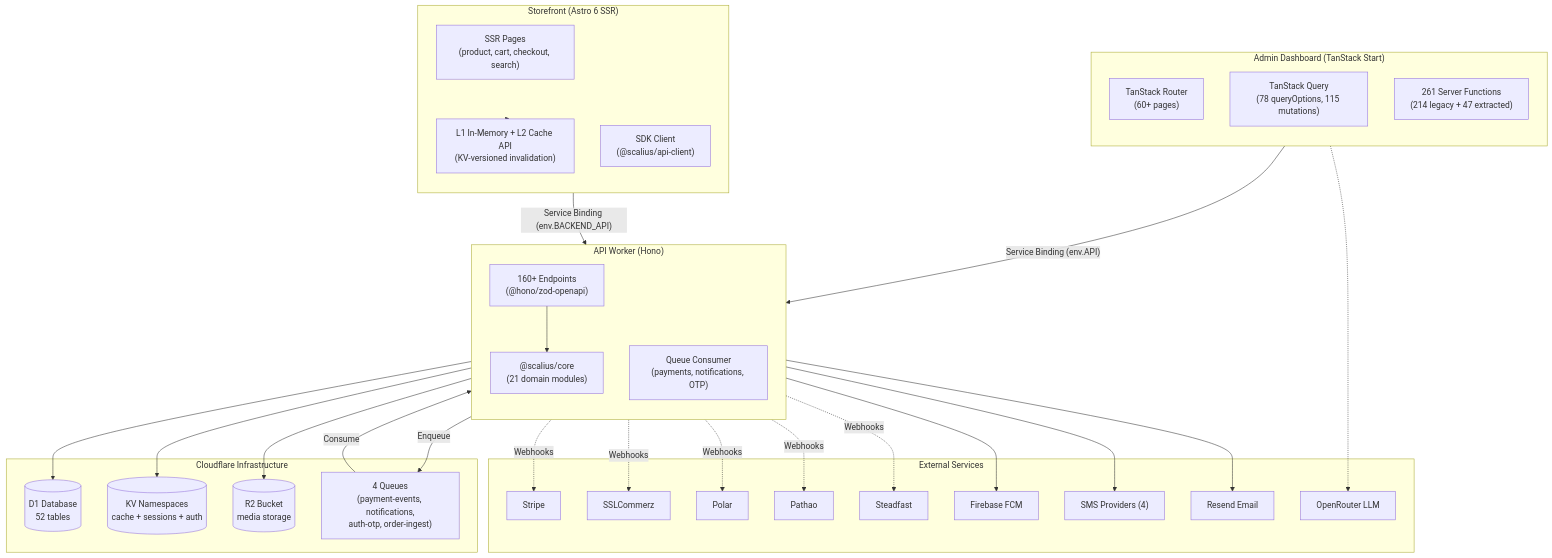
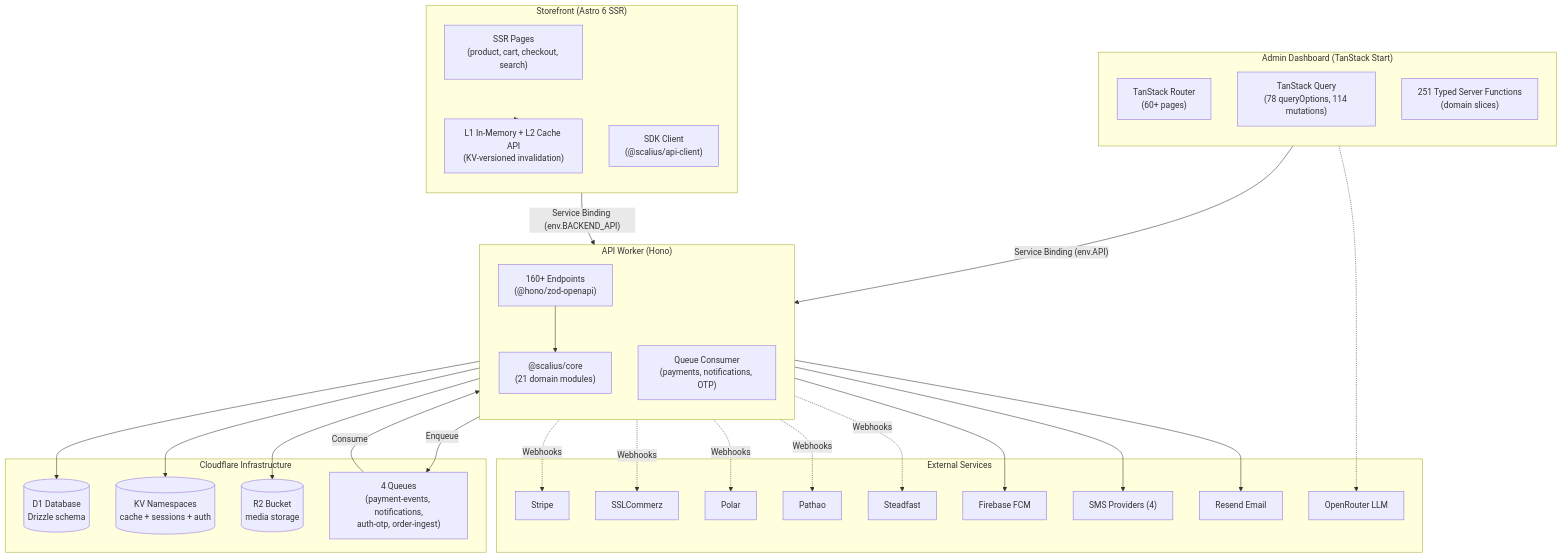
The first of 3 diagrams in README.MD (scaliuslabs/scalius-commerce-lite), drawn with Mermaid before and after one commit. The commit also changed other lines of this file and 14 other files, not shown here.

````diff
--- a/README.MD
+++ b/README.MD
@@ -87,62 +87,62 @@
 ```mermaid
 flowchart TB
     subgraph AdminV2 ["Admin Dashboard (TanStack Start)"]
         direction TB
         TSRouter["TanStack Router<br/>(60+ pages)"]
-        TSQuery["TanStack Query<br/>(78 queryOptions, 115 mutations)"]
-        ServerFns["261 Server Functions<br/>(214 legacy + 47 extracted)"]
+        TSQuery["TanStack Query<br/>(78 queryOptions, 114 mutations)"]
+        ServerFns["251 Typed Server Functions<br/>(domain slices)"]
     end
 
     subgraph Storefront ["Storefront (Astro 6 SSR)"]
         direction TB
         AstroPages["SSR Pages<br/>(product, cart, checkout, search)"]
         EdgeCache["L1 In-Memory + L2 Cache API<br/>(KV-versioned invalidation)"]
         SDKClient["SDK Client<br/>(@scalius/api-client)"]
     end
 
     subgraph API ["API Worker (Hono)"]
         direction TB
         HonoApp["160+ Endpoints<br/>(@hono/zod-openapi)"]
         QueueConsumer["Queue Consumer<br/>(payments, notifications, OTP)"]
         CoreModules["@scalius/core<br/>(21 domain modules)"]
     end
 
     subgraph Infra ["Cloudflare Infrastructure"]
-        D1[(D1 Database<br/>52 tables)]
+        D1[(D1 Database<br/>Drizzle schema)]
         KV[(KV Namespaces<br/>cache + sessions + auth)]
         R2[(R2 Bucket<br/>media storage)]
         Queues["4 Queues<br/>(payment-events, notifications,<br/>auth-otp, order-ingest)"]
     end
 
     subgraph External ["External Services"]
         Stripe["Stripe"]
         SSLCommerz["SSLCommerz"]
         Polar["Polar"]
         Pathao["Pathao"]
         Steadfast["Steadfast"]
         Firebase["Firebase FCM"]
         SMS["SMS Providers (4)"]
         Resend["Resend Email"]
         OpenRouter["OpenRouter LLM"]
     end
 
     AdminV2 -->|"Service Binding (env.API)"| API
     Storefront -->|"Service Binding (env.BACKEND_API)"| API
     API --> D1
     API --> KV
     API --> R2
     API -->|Enqueue| Queues
     Queues -->|Consume| QueueConsumer
     QueueConsumer --> Firebase
     QueueConsumer --> SMS
     QueueConsumer --> Resend
     HonoApp --> CoreModules
     Storefront --> EdgeCache
 
     API -.->|Webhooks| Stripe
     API -.->|Webhooks| SSLCommerz
     API -.->|Webhooks| Polar
     API -.->|Webhooks| Pathao
     API -.->|Webhooks| Steadfast
     AdminV2 -.-> OpenRouter
 ```
````
